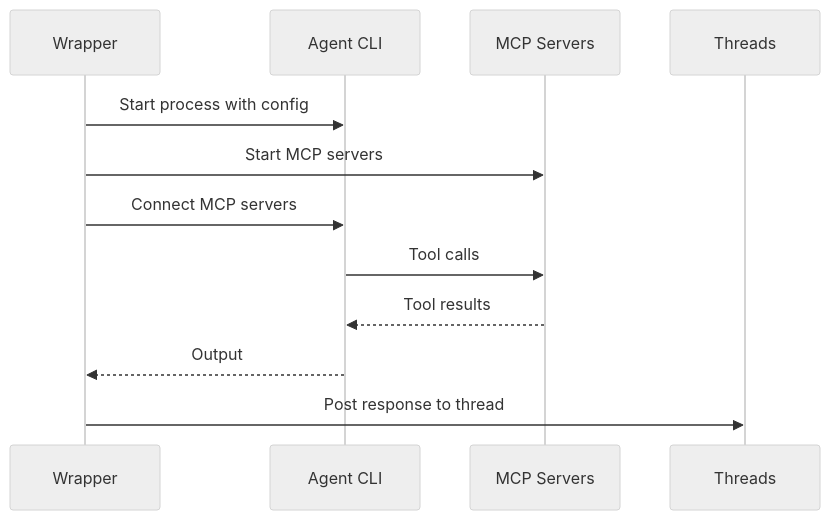
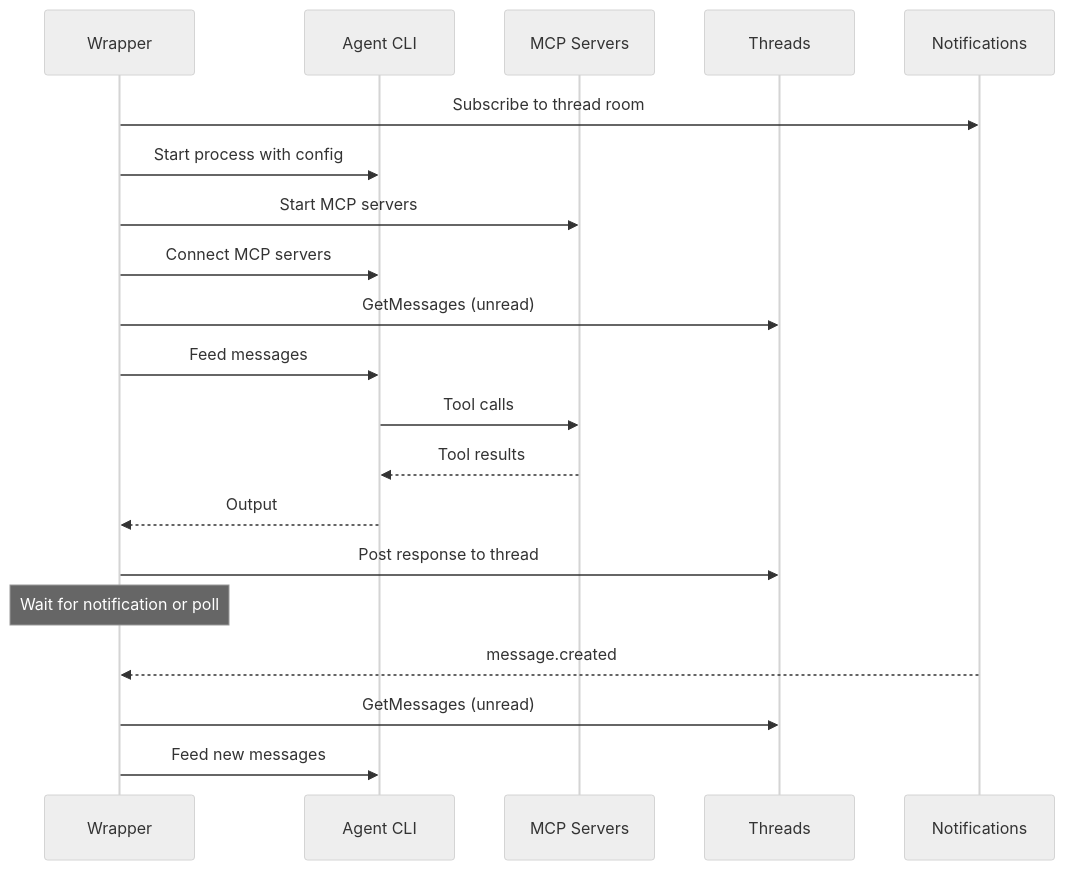
One commit to agynio/architecture changed the third of 4 diagrams in architecture/agent/overview.md. Above: the diagram before and after it, drawn with Mermaid (neutral theme). The commit also changed other lines of this file and 2 other files, not shown here.

First line of the commit message:
Decide agent protocol: pull + notifications

````diff
--- a/architecture/agent/overview.md
+++ b/architecture/agent/overview.md
@@ -57,15 +101,23 @@
 ```mermaid
 sequenceDiagram
     participant W as Wrapper
     participant CLI as Agent CLI
     participant MCP as MCP Servers
     participant T as Threads
+    participant N as Notifications
 
+    W->>N: Subscribe to thread room
     W->>CLI: Start process with config
     W->>MCP: Start MCP servers
     W->>CLI: Connect MCP servers
+    W->>T: GetMessages (unread)
+    W->>CLI: Feed messages
     CLI->>MCP: Tool calls
     MCP-->>CLI: Tool results
     CLI-->>W: Output
     W->>T: Post response to thread
+    Note over W: Wait for notification or poll
+    N-->>W: message.created
+    W->>T: GetMessages (unread)
+    W->>CLI: Feed new messages
 ```
````
